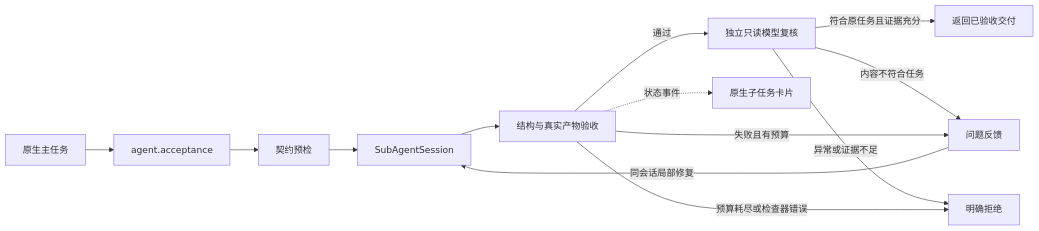
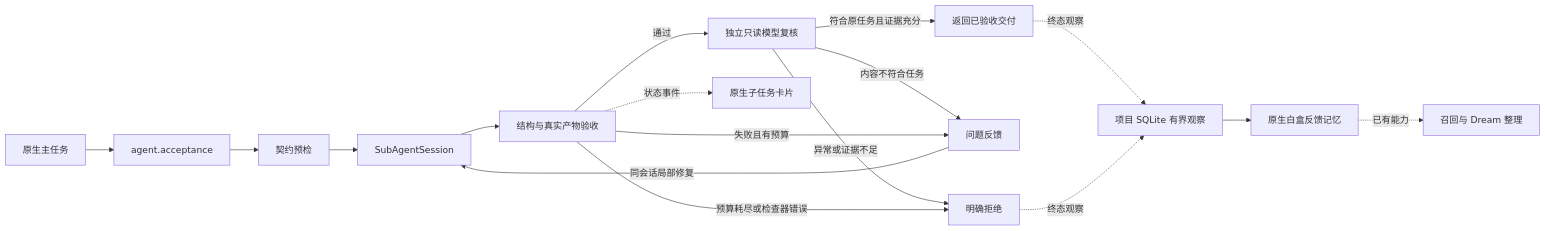
One commit to changer-changer/PilotDeck-Verified-Subtasks changed the diagram in README.md. Above: the diagram before and after it, drawn with Mermaid. The commit also changed other lines of this file and 52 other files, not shown here.

````diff
--- a/README.md
+++ b/README.md
@@ -63,15 +64,19 @@
 ```mermaid
 flowchart LR
   P[原生主任务] --> A[agent.acceptance]
   A --> C[契约预检]
   C --> S[SubAgentSession]
   S --> V[结构与真实产物验收]
   V -->|通过| J[独立只读模型复核]
   J -->|符合原任务且证据充分| R[返回已验收交付]
   J -->|内容不符合任务| F
   J -->|异常或证据不足| X
   V -->|失败且有预算| F[问题反馈]
   F -->|同会话局部修复| S
   V -->|预算耗尽或检查器错误| X[明确拒绝]
   V -.状态事件.-> U[原生子任务卡片]
+  R -.终态观察.-> M[项目 SQLite 有界观察]
+  X -.终态观察.-> M
+  M --> B[原生白盒反馈记忆]
+  B -.已有能力.-> D[召回与 Dream 整理]
 ```
````
